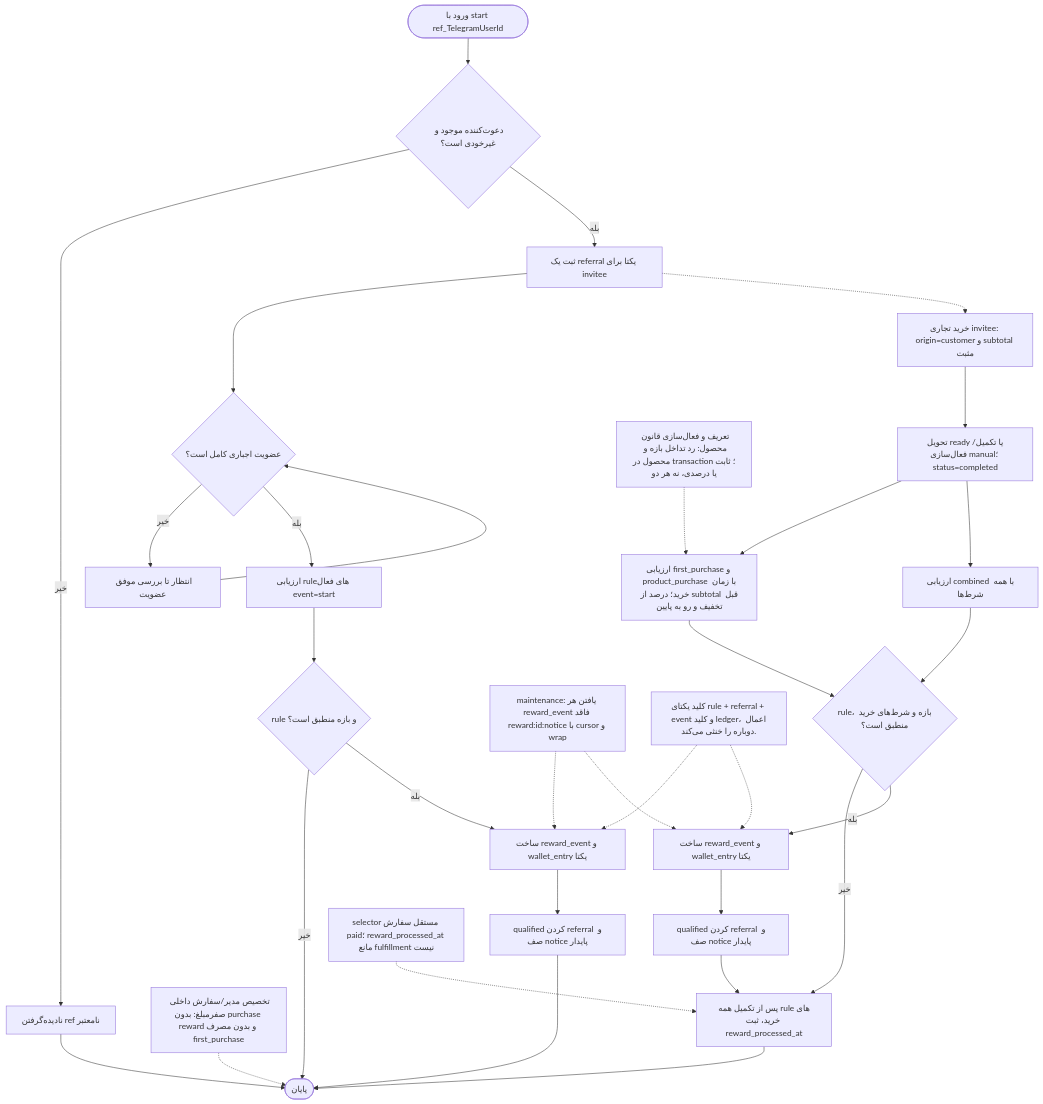
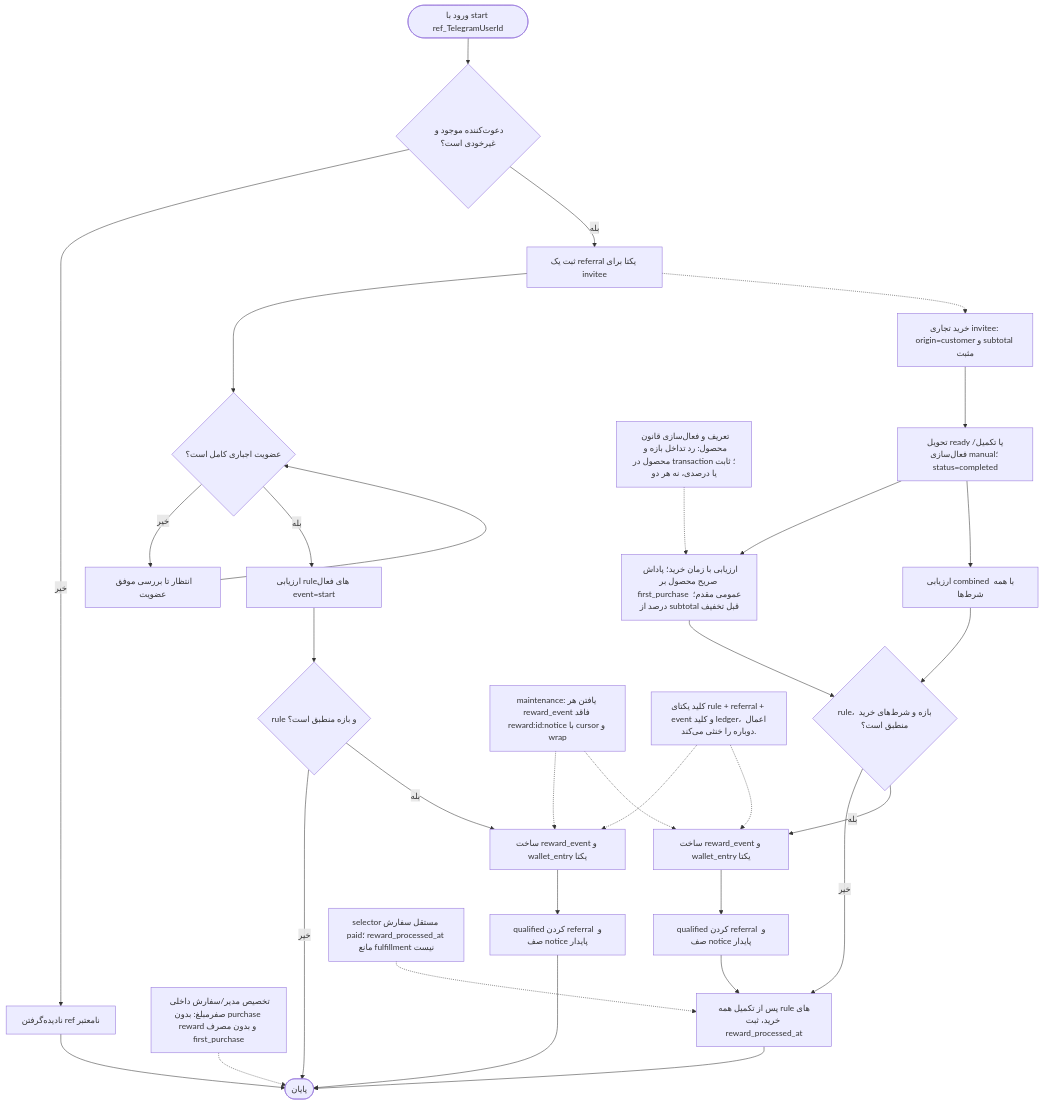
The diagram in docs/diagrams/12-activity-referral-reward.mmd (mohamadkheiry/aibotTelegram), drawn with Mermaid before and after one commit. The commit also changed 24 other files, not shown here.

```diff
--- a/docs/diagrams/12-activity-referral-reward.mmd
+++ b/docs/diagrams/12-activity-referral-reward.mmd
@@ -1,49 +1,49 @@
 flowchart TD
     A(["ورود با start ref_TelegramUserId"])
     B{"دعوت‌کننده موجود و غیرخودی است؟"}
     C["نادیده‌گرفتن ref نامعتبر"]
     D["ثبت یک referral یکتا برای invitee"]
     E{"عضویت اجباری کامل است؟"}
     F["انتظار تا بررسی موفق عضویت"]
 
     G["ارزیابی ruleهای فعال event=start"]
     GS{"rule و بازه منطبق است؟"}
     GR["ساخت reward_event و wallet_entry یکتا"]
     GN["qualified کردن referral و صف notice پایدار"]
 
     H["خرید تجاری invitee: origin=customer و subtotal مثبت"]
     HX["تخصیص مدیر/سفارش داخلی صفرمبلغ: بدون purchase reward و بدون مصرف first_purchase"]
     HD["تحویل ready یا تکمیل/فعال‌سازی manual؛ status=completed"]
-    I["ارزیابی first_purchase و product_purchase با زمان خرید؛ درصد از subtotal قبل تخفیف و رو به پایین"]
+    I["ارزیابی با زمان خرید؛ پاداش صریح محصول بر first_purchase عمومی مقدم؛ درصد از subtotal قبل تخفیف"]
     J["ارزیابی combined با همه شرط‌ها"]
     K{"rule، بازه و شرط‌های خرید منطبق است؟"}
     L["ساخت reward_event و wallet_entry یکتا"]
     M["qualified کردن referral و صف notice پایدار"]
     P["پس از تکمیل همه ruleهای خرید، ثبت reward_processed_at"]
     R["maintenance: یافتن هر reward_event فاقد reward:id:notice با cursor و wrap"]
     S["selector مستقل سفارش paid؛ reward_processed_at مانع fulfillment نیست"]
     Q(["پایان"])
 
     A --> B
     B -->|"خیر"| C --> Q
     B -->|"بله"| D --> E
     E -->|"خیر"| F --> E
     E -->|"بله"| G --> GS
     GS -->|"خیر"| Q
     GS -->|"بله"| GR --> GN --> Q
 
     D -.-> H
     HX -.-> Q
     H --> HD --> I --> K
     HD --> J --> K
     K -->|"خیر"| P
     K -->|"بله"| L --> M --> P --> Q
 
     Exact["کلید یکتای rule + referral + event و کلید ledger، اعمال دوباره را خنثی می‌کند."]
     Exact -.-> GR
     Exact -.-> L
     R -.-> GR
     R -.-> L
     S -.-> P
     Rules["تعریف و فعال‌سازی قانون محصول: رد تداخل بازه و محصول در transaction؛ ثابت یا درصدی، نه هر دو"]
     Rules -.-> I
```
